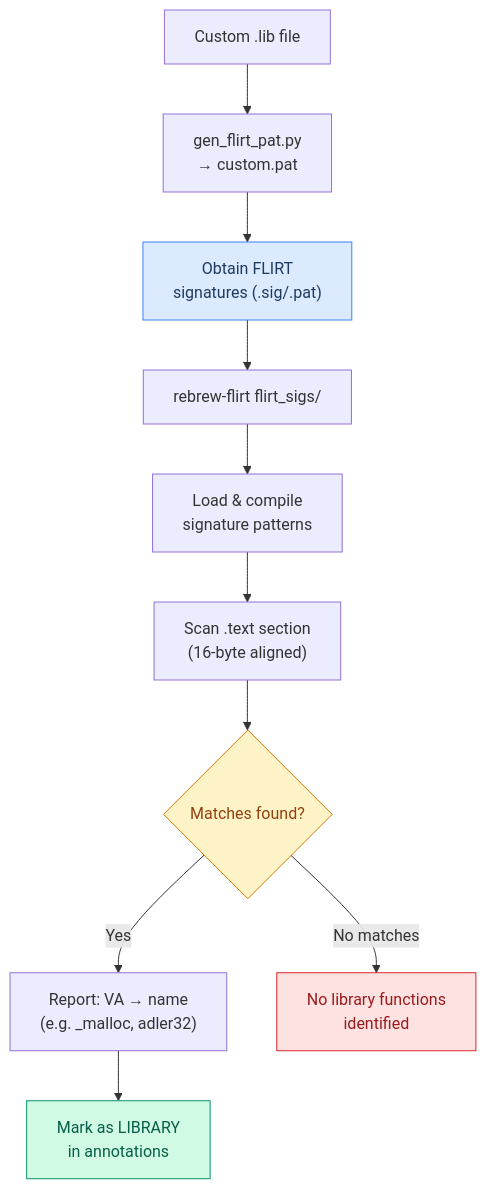
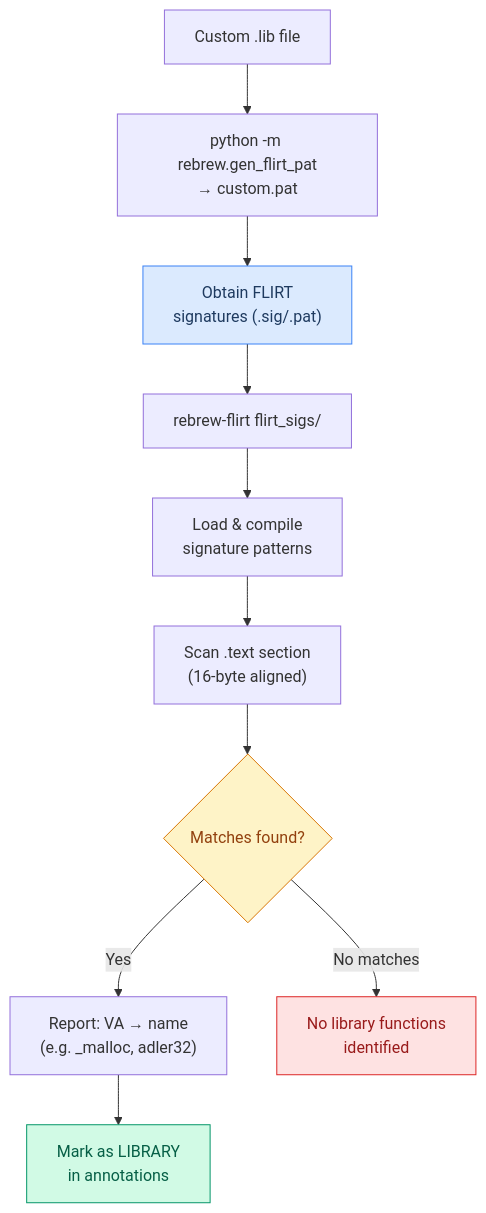
One commit to maci0/rebrew changed diagram 13 of 16 in docs/USER_STORIES.md. Above: the diagram before and after it, drawn with Mermaid. The commit also changed other lines of this file and 10 other files, not shown here.

````diff
--- a/docs/USER_STORIES.md
+++ b/docs/USER_STORIES.md
@@ -416,18 +434,18 @@
 ```mermaid
 graph TD
     A["Obtain FLIRT<br/>signatures (.sig/.pat)"] --> B["rebrew-flirt flirt_sigs/"]
     B --> C["Load & compile<br/>signature patterns"]
     C --> D["Scan .text section<br/>(16-byte aligned)"]
     D --> E{"Matches found?"}
     E -->|Yes| F["Report: VA → name<br/>(e.g. _malloc, adler32)"]
     E -->|No matches| G["No library functions<br/>identified"]
     F --> H["Mark as LIBRARY<br/>in annotations"]
 
-    I["Custom .lib file"] --> J["gen_flirt_pat.py<br/>→ custom.pat"]
+    I["Custom .lib file"] --> J["python -m rebrew.gen_flirt_pat<br/>→ custom.pat"]
     J --> A
 
     style A fill:#dbeafe,stroke:#3b82f6,color:#1e3a5f
     style H fill:#d1fae5,stroke:#059669,color:#065f46
     style G fill:#fee2e2,stroke:#dc2626,color:#991b1b
     style E fill:#fef3c7,stroke:#d97706,color:#92400e
 ```
````
